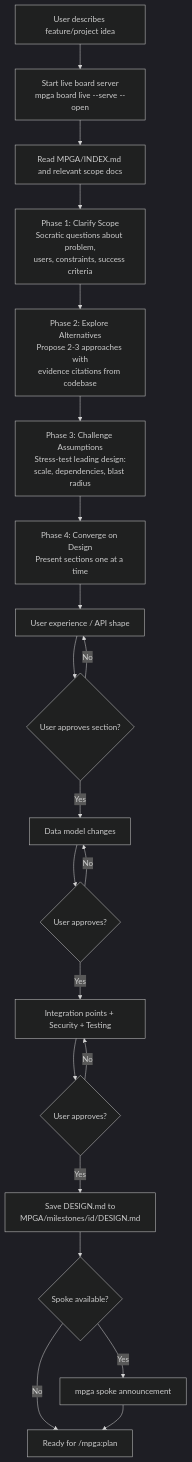
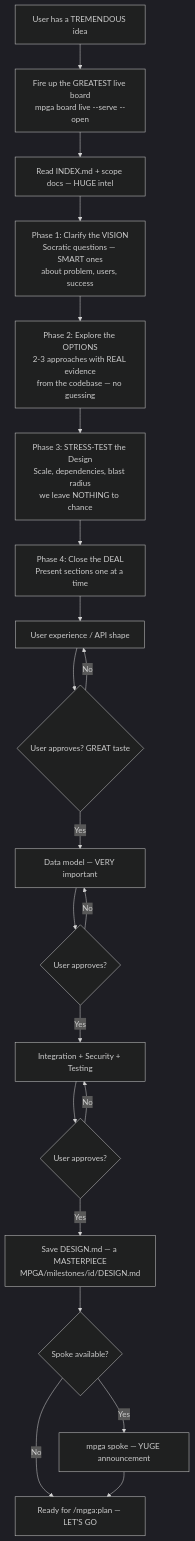
Before and after one commit to benrben/MPGA: the diagram in docs/diagrams/skills/brainstorm.md, drawn with Mermaid (dark theme). The commit also changed other lines of this file and 28 other files, not shown here.

First line of the commit message:
style: Trumpify all workflow diagrams — TREMENDOUS Mermaid charts

````diff
--- a/docs/diagrams/skills/brainstorm.md
+++ b/docs/diagrams/skills/brainstorm.md
@@ -5,25 +5,25 @@
 ```mermaid
 flowchart TD
-    A[User describes feature/project idea] --> B[Start live board server\nmpga board live --serve --open]
-    B --> C[Read MPGA/INDEX.md and relevant scope docs]
+    A[User has a TREMENDOUS idea] --> B[Fire up the GREATEST live board\nmpga board live --serve --open]
+    B --> C[Read INDEX.md + scope docs — HUGE intel]
 
-    C --> D["Phase 1: Clarify Scope\nSocratic questions about problem,\nusers, constraints, success criteria"]
-    D --> E["Phase 2: Explore Alternatives\nPropose 2-3 approaches with\nevidence citations from codebase"]
-    E --> F["Phase 3: Challenge Assumptions\nStress-test leading design:\nscale, dependencies, blast radius"]
-    F --> G["Phase 4: Converge on Design\nPresent sections one at a time"]
+    C --> D["Phase 1: Clarify the VISION\nSocratic questions — SMART ones\nabout problem, users, success"]
+    D --> E["Phase 2: Explore the OPTIONS\n2-3 approaches with REAL evidence\nfrom the codebase — no guessing"]
+    E --> F["Phase 3: STRESS-TEST the Design\nScale, dependencies, blast radius\nwe leave NOTHING to chance"]
+    F --> G["Phase 4: Close the DEAL\nPresent sections one at a time"]
 
     G --> H[User experience / API shape]
-    H --> I{User approves section?}
+    H --> I{User approves? GREAT taste}
     I -->|No| H
-    I -->|Yes| J[Data model changes]
+    I -->|Yes| J[Data model — VERY important]
     J --> K{User approves?}
     K -->|No| J
-    K -->|Yes| L[Integration points + Security + Testing]
+    K -->|Yes| L[Integration + Security + Testing]
     L --> M{User approves?}
     M -->|No| L
-    M -->|Yes| N[Save DESIGN.md to\nMPGA/milestones/id/DESIGN.md]
+    M -->|Yes| N[Save DESIGN.md — a MASTERPIECE\nMPGA/milestones/id/DESIGN.md]
     N --> O{Spoke available?}
-    O -->|Yes| P[mpga spoke announcement]
-    O -->|No| Q[Ready for /mpga:plan]
+    O -->|Yes| P[mpga spoke — YUGE announcement]
+    O -->|No| Q[Ready for /mpga:plan — LET'S GO]
     P --> Q
 ```
````
